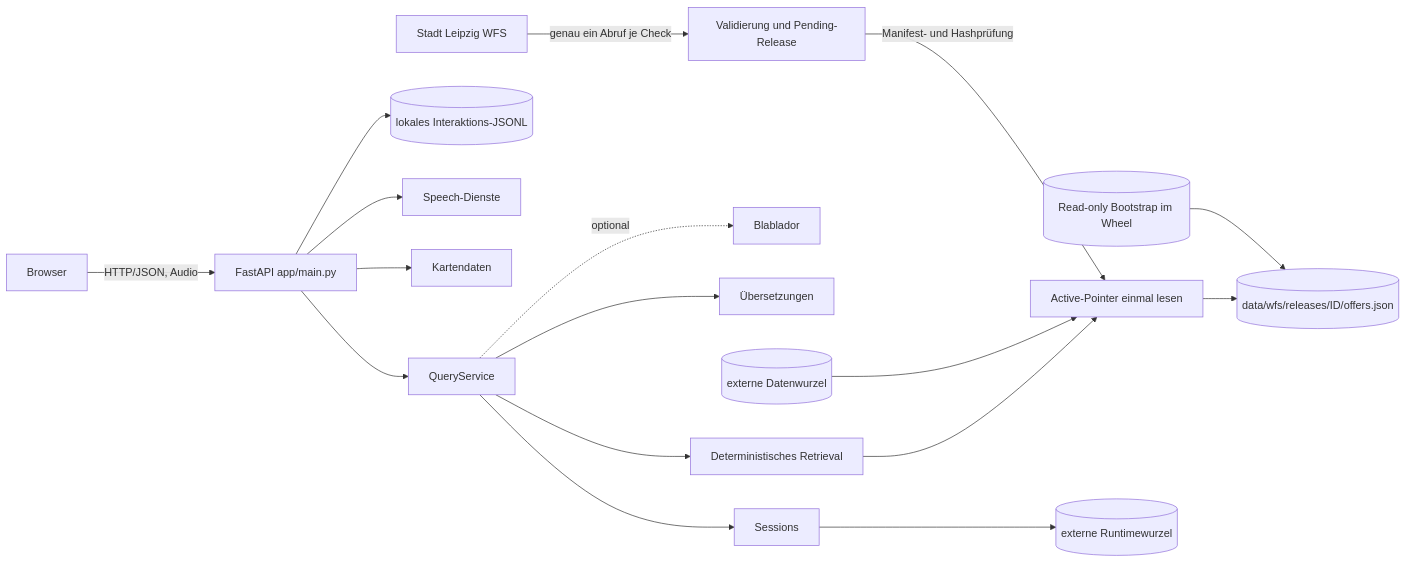
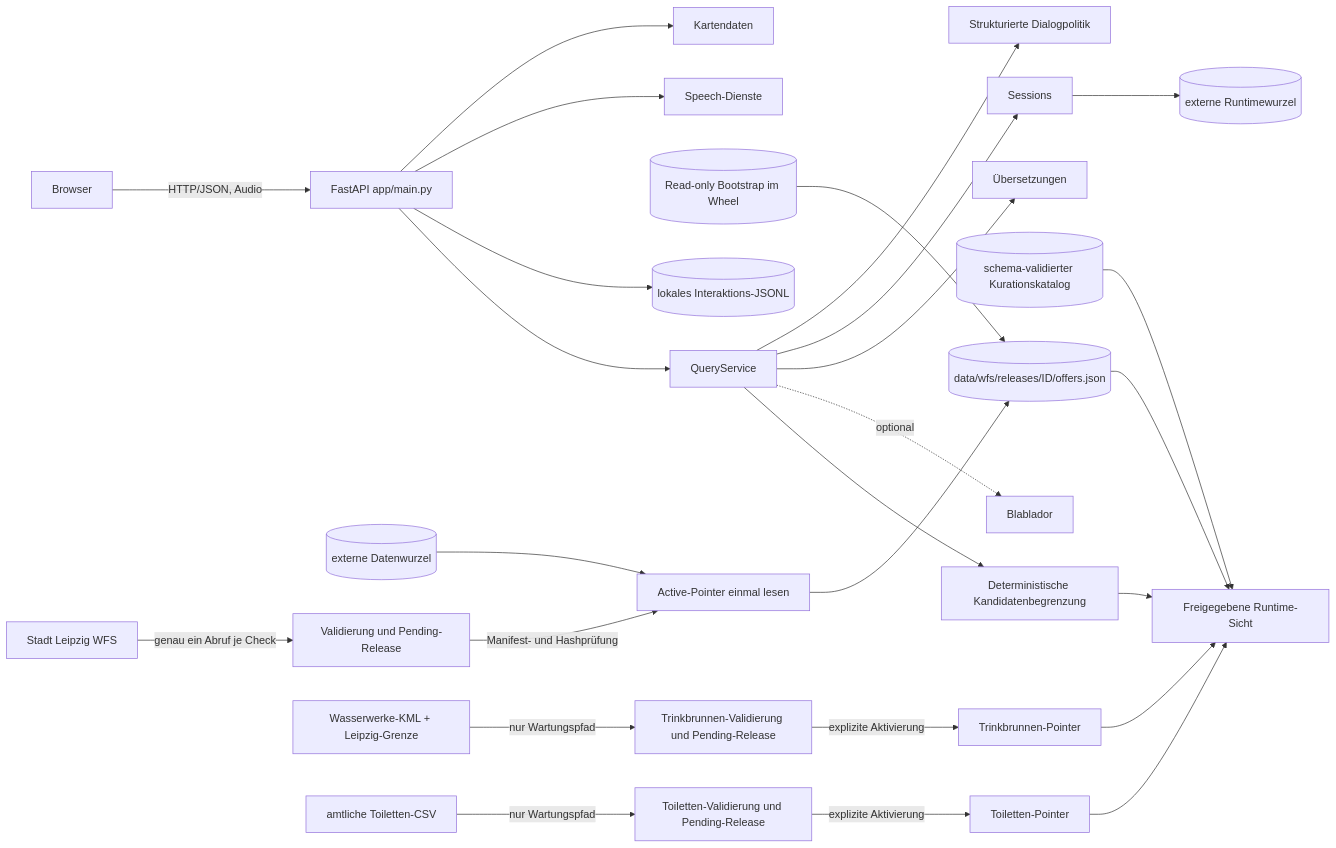
The diagram in docs/architecture.md (HannahHoffner/lena-grounded-voice-assistant), drawn with Mermaid before and after one commit. The commit also changed other lines of this file and 347 other files, not shown here.

````diff
--- a/docs/architecture.md
+++ b/docs/architecture.md
@@ -10,19 +10,28 @@
 ```mermaid
 flowchart LR
     U[Browser] -->|HTTP/JSON, Audio| A[FastAPI app/main.py]
     A --> S[QueryService]
-    S --> R[Deterministisches Retrieval]
+    S --> R[Deterministische Kandidatenbegrenzung]
     S -. optional .-> L[Blablador]
-    R --> C[Active-Pointer einmal lesen]
-    C --> K[(data/wfs/releases/ID/offers.json)]
+    R --> Q[Freigegebene Runtime-Sicht]
+    C[Active-Pointer einmal lesen] --> K[(data/wfs/releases/ID/offers.json)]
+    K --> Q
+    V[(schema-validierter Kurationskatalog)] --> Q
     S --> I[Übersetzungen]
     S --> X[Sessions]
+    S --> G[Strukturierte Dialogpolitik]
     B[(Read-only Bootstrap im Wheel)] --> K
     D[(externe Datenwurzel)] --> C
     X --> T[(externe Runtimewurzel)]
     A --> O[(lokales Interaktions-JSONL)]
     A --> P[Speech-Dienste]
     A --> M[Kartendaten]
     W[Stadt Leipzig WFS] -->|genau ein Abruf je Check| Y[Validierung und Pending-Release]
     Y -->|Manifest- und Hashprüfung| C
+    F[Wasserwerke-KML + Leipzig-Grenze] -->|nur Wartungspfad| Z[Trinkbrunnen-Validierung und Pending-Release]
+    Z -->|explizite Aktivierung| FC[Trinkbrunnen-Pointer]
+    FC --> Q
+    TCSV[amtliche Toiletten-CSV] -->|nur Wartungspfad| J[Toiletten-Validierung und Pending-Release]
+    J -->|explizite Aktivierung| TC[Toiletten-Pointer]
+    TC --> Q
 ```
````
